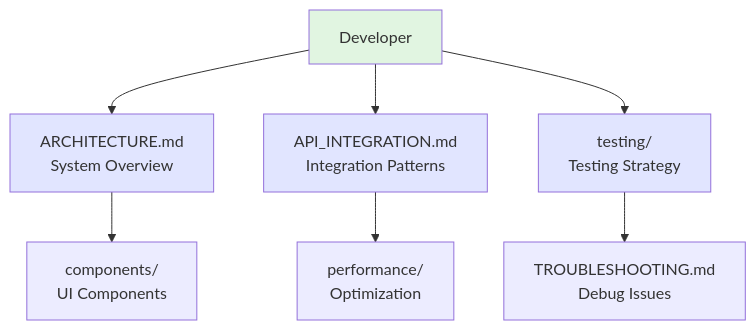
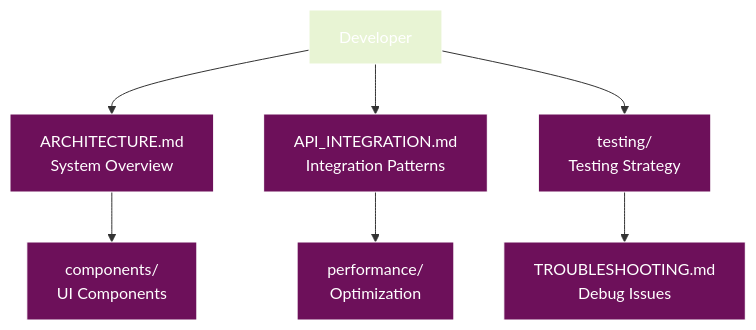
The second of 4 diagrams in docs/README.md (radicalkjax/Athena), drawn with Mermaid before and after one commit. The commit also changed other lines of this file and 27 other files, not shown here.

Commit message:
Introduction of expo package manager. Updated docs to reflect changes. Unified mermaid theme for docs.

````diff
--- a/docs/README.md
+++ b/docs/README.md
@@ -80,15 +101,36 @@
 ```mermaid
+%%{init: {
+  'theme': 'base',
+  'themeVariables': {
+    'primaryColor': '#6d105a',
+    'primaryTextColor': '#ffffff',
+    'primaryBorderColor': '#ffffff',
+    'lineColor': '#333333',
+    'secondaryColor': '#e8f4d4',
+    'secondaryTextColor': '#333333',
+    'secondaryBorderColor': '#333333',
+    'tertiaryColor': '#f9d0c4',
+    'tertiaryTextColor': '#333333',
+    'tertiaryBorderColor': '#333333',
+    'background': '#ffffff',
+    'mainBkg': '#6d105a',
+    'secondBkg': '#e8f4d4',
+    'tertiaryBkg': '#f9d0c4',
+    'textColor': '#333333',
+    'fontFamily': 'Arial, sans-serif'
+  }
+}}%%
 flowchart TD
     Dev[Developer] --> Arch[ARCHITECTURE.md<br/>System Overview]
     Dev --> API[API_INTEGRATION.md<br/>Integration Patterns]
     Dev --> Test[testing/<br/>Testing Strategy]
     
     Arch --> Comp[components/<br/>UI Components]
     API --> Perf[performance/<br/>Optimization]
     Test --> Trouble[TROUBLESHOOTING.md<br/>Debug Issues]
     
-    style Dev fill:#e1f5e1
-    style Arch fill:#e1e5ff
-    style API fill:#e1e5ff
-    style Test fill:#e1e5ff
+    style Dev fill:#e8f4d4
+    style Arch fill:#6d105a
+    style API fill:#6d105a
+    style Test fill:#6d105a
 ```
````
